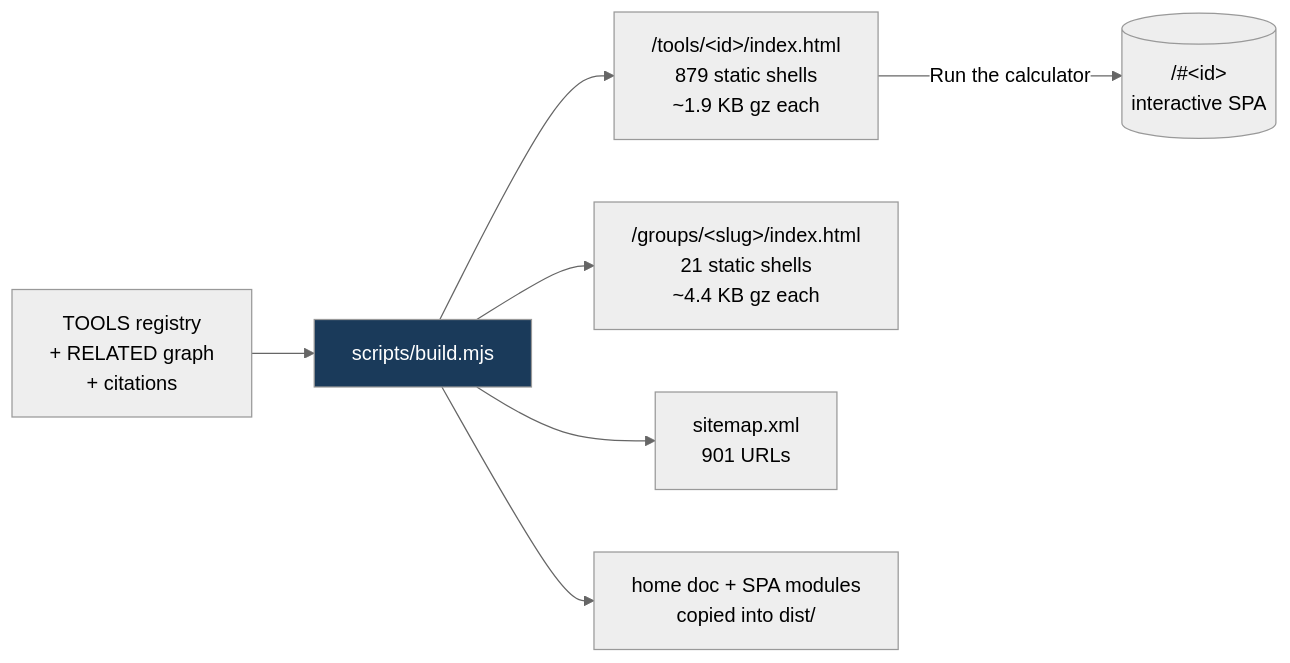
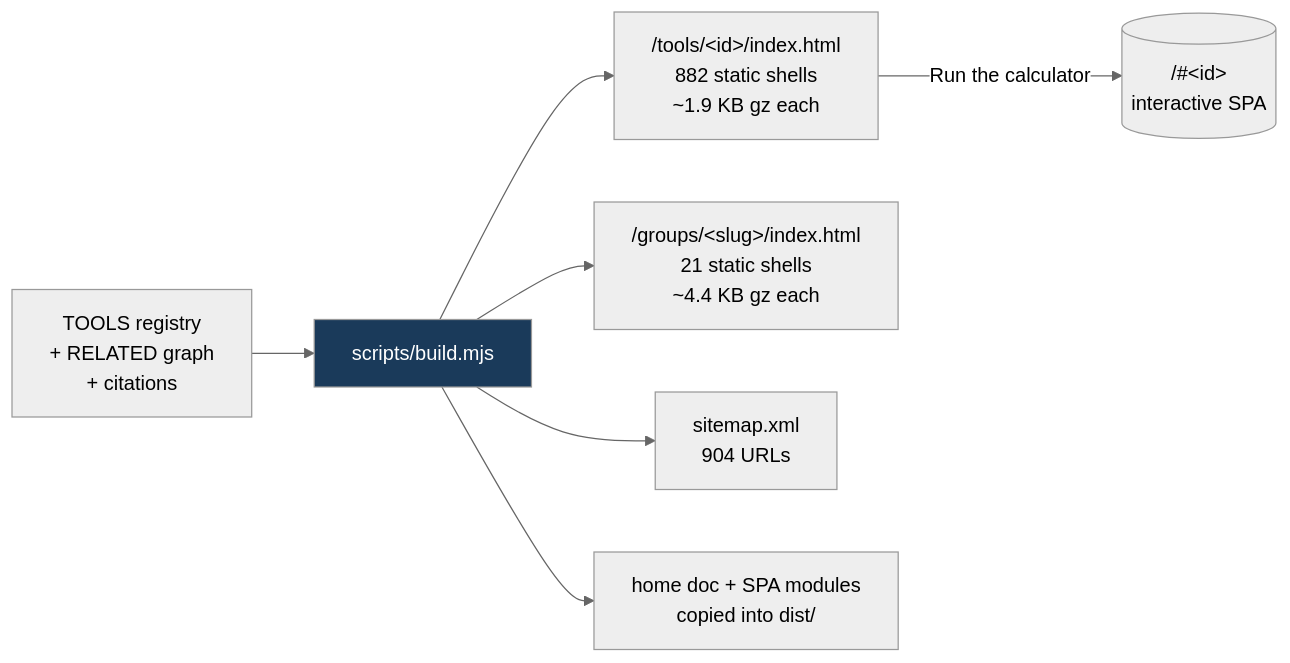
The fifth of 8 diagrams in README.md (clay-good/roughlogic.com), drawn with Mermaid (neutral theme) before and after one commit. The commit also changed other lines of this file and 19 other files, not shown here.

````diff
--- a/README.md
+++ b/README.md
@@ -495,10 +495,10 @@
 ```mermaid
 flowchart LR
     SRC[TOOLS registry\n+ RELATED graph\n+ citations] --> BUILD[scripts/build.mjs]
-    BUILD --> TILE["/tools/&lt;id&gt;/index.html\n879 static shells\n~1.9 KB gz each"]
+    BUILD --> TILE["/tools/&lt;id&gt;/index.html\n882 static shells\n~1.9 KB gz each"]
     BUILD --> GROUP["/groups/&lt;slug&gt;/index.html\n21 static shells\n~4.4 KB gz each"]
-    BUILD --> MAP["sitemap.xml\n901 URLs"]
+    BUILD --> MAP["sitemap.xml\n904 URLs"]
     BUILD --> COPY[home doc + SPA modules\ncopied into dist/]
     TILE -->|Run the calculator| SPA[("/#&lt;id&gt;\ninteractive SPA")]
     style BUILD fill:#1a3a5a,color:#fff
 ```
````
